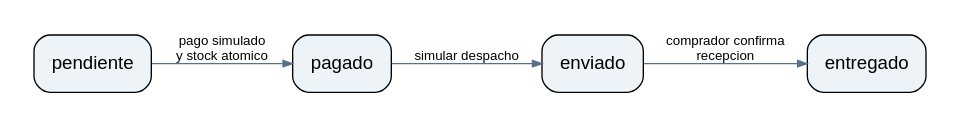
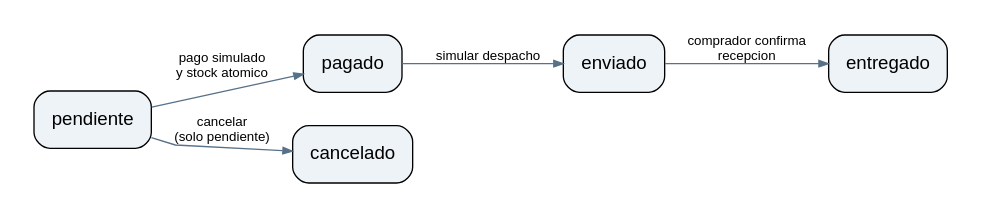
Before and after one commit to desmonteix/Tickia-PrograAvanzada: the diagram in Proyecto_PrograAvanzada/entregables/informe/diagramas/06_ciclo_pedido.dot, drawn with Graphviz. The commit also changed 31 other files, not shown here.

Commit message:
Patrones reforzados (Decorator, State, 4 Repository), informe revisado y diagramas

```diff
--- a/Proyecto_PrograAvanzada/entregables/informe/diagramas/06_ciclo_pedido.dot
+++ b/Proyecto_PrograAvanzada/entregables/informe/diagramas/06_ciclo_pedido.dot
@@ -1,6 +1,7 @@
 digraph G { graph [bgcolor="white", pad="0.25", nodesep="0.35", ranksep="0.50", splines=polyline]; node [fontname="Arial"]; edge [fontname="Arial", fontsize=10, color="#577188", arrowsize=.7];
 graph [rankdir=LR]; node [shape=box,style="rounded,filled",fillcolor="#EDF3F7",fontsize=14,margin=.2];
 pendiente -> pagado [label="pago simulado
 y stock atomico"]; pagado -> enviado [label="simular despacho"]; enviado -> entregado [label="comprador confirma
-recepcion"];
+recepcion"]; pendiente -> cancelado [label="cancelar
+(solo pendiente)"];
 }
```
